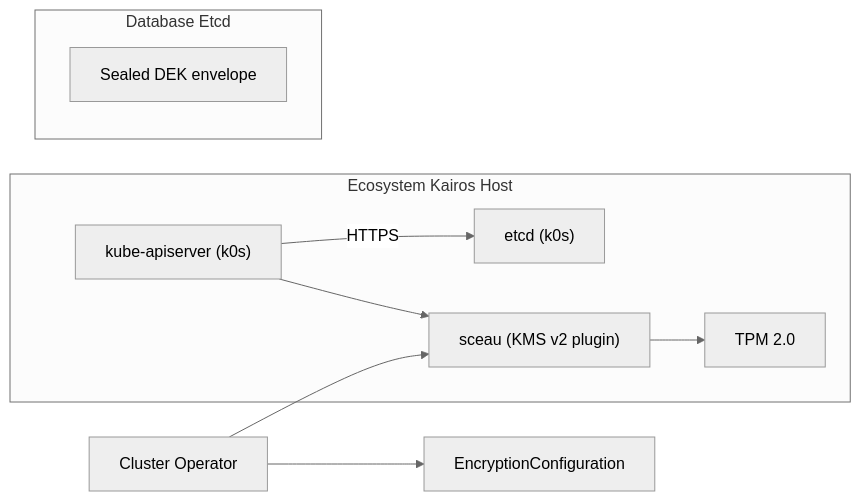
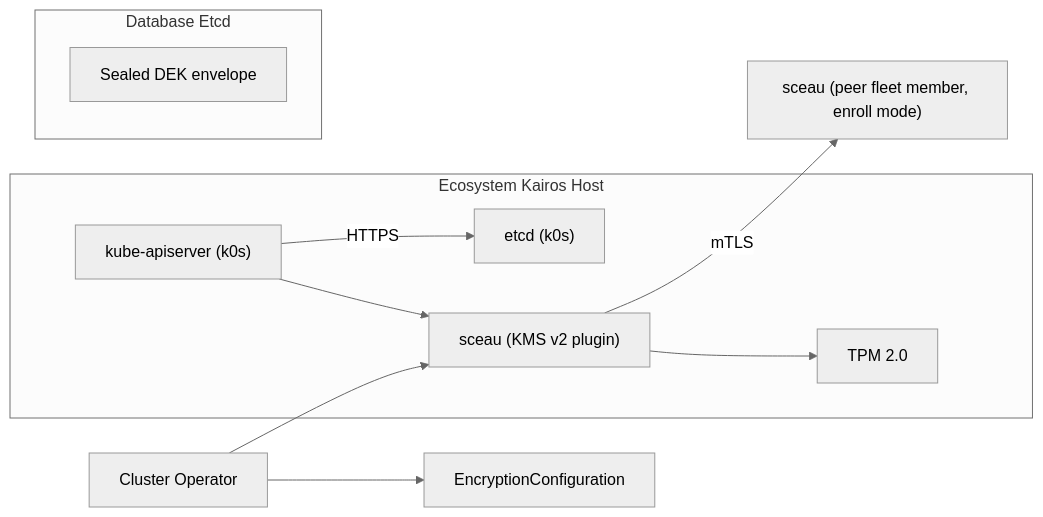
The diagram in docs/src/architecture/system.md (firestoned/sceau), drawn with Mermaid (neutral theme) before and after one commit. The commit also changed 69 other files, not shown here.

````diff
--- a/docs/src/architecture/system.md
+++ b/docs/src/architecture/system.md
@@ -18,24 +18,26 @@
 ```mermaid
 flowchart LR
     actor-cluster-operator["Cluster Operator"]
     service-kube-apiserver["kube-apiserver (k0s)"]
     service-sceau["sceau (KMS v2 plugin)"]
     database-etcd["etcd (k0s)"]
     system-tpm["TPM 2.0"]
     data-asset-sealed-dek-envelope["Sealed DEK envelope"]
     data-asset-encryption-config["EncryptionConfiguration"]
+    service-sceau-peer["sceau (peer fleet member, enroll mode)"]
     subgraph sg_ecosystem-kairos-host [Ecosystem Kairos Host]
         service-kube-apiserver
         service-sceau
         database-etcd
         system-tpm
     end
     service-kube-apiserver --> service-sceau
     service-sceau --> system-tpm
     service-kube-apiserver -->|HTTPS| database-etcd
     subgraph sg_database-etcd [Database Etcd]
         data-asset-sealed-dek-envelope
     end
     actor-cluster-operator --> service-sceau
     actor-cluster-operator --> data-asset-encryption-config
+    service-sceau -->|mTLS| service-sceau-peer
 ```
````
